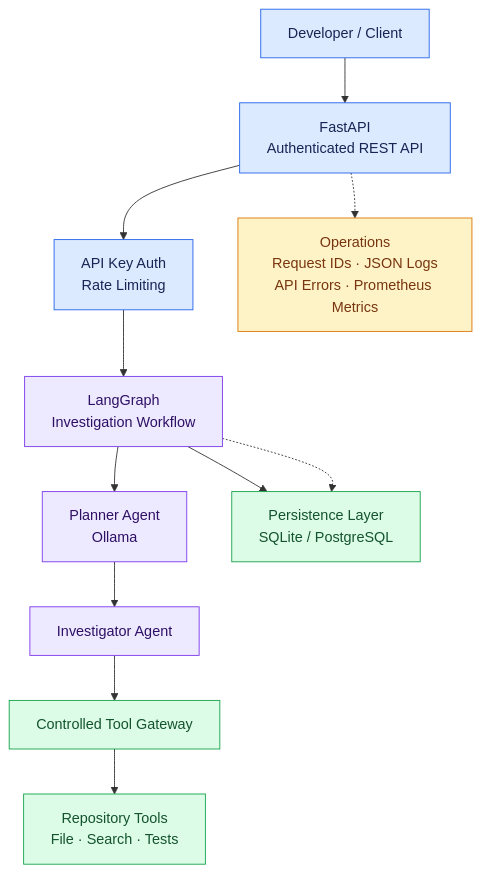
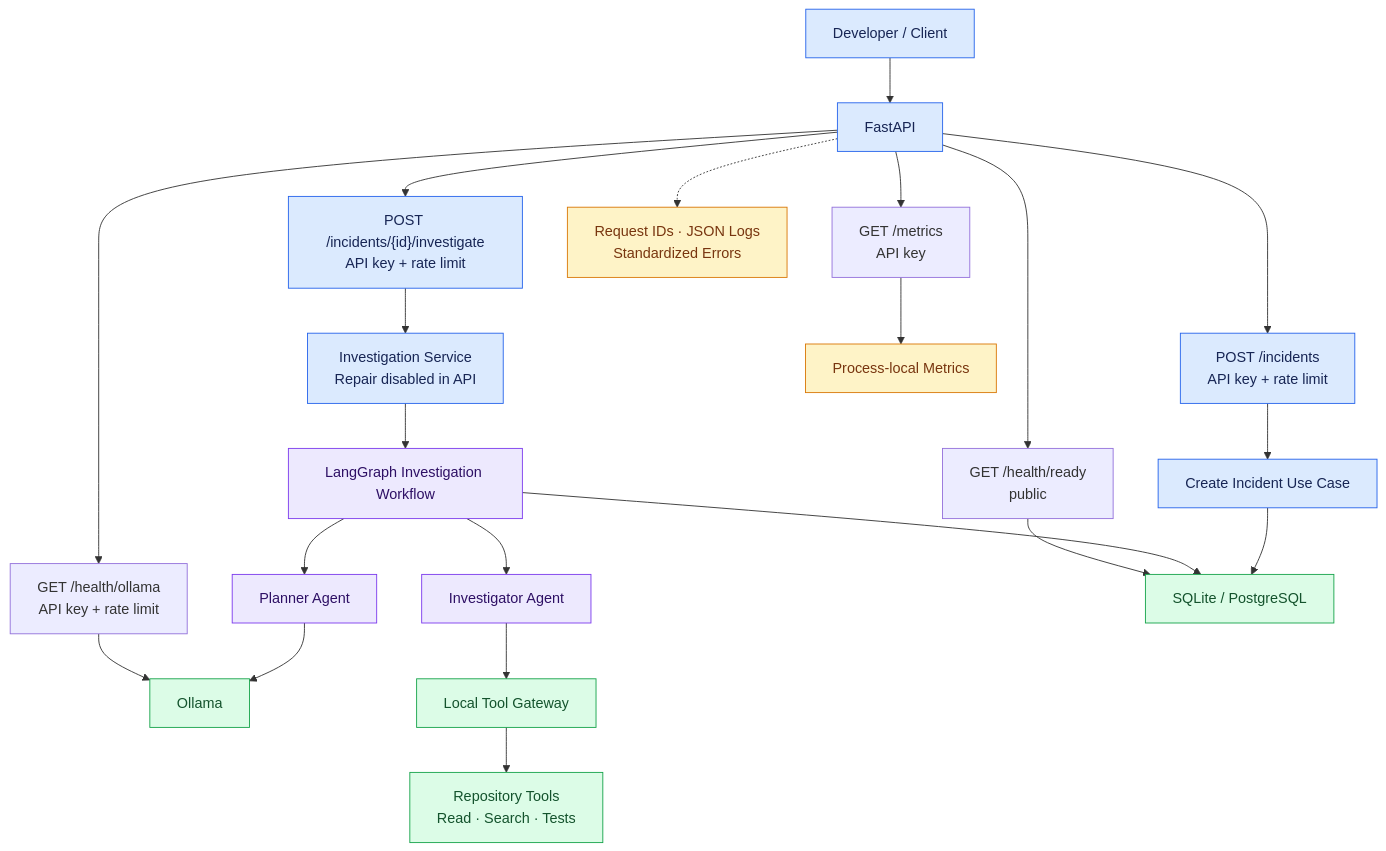
The first of 3 diagrams in README.md (juyelhushen/sentinel), drawn with Mermaid before and after one commit. The commit also changed other lines of this file, not shown here.

Commit message:
readme updated

````diff
--- a/README.md
+++ b/README.md
@@ -15,34 +15,52 @@
 ```mermaid
 flowchart TB
-    User["Developer / Client"]
-    API["FastAPI<br/>Authenticated REST API"]
-    Auth["API Key Auth<br/>Rate Limiting"]
-    Graph["LangGraph<br/>Investigation Workflow"]
-    Planner["Planner Agent<br/>Ollama"]
+    Client["Developer / Client"]
+    API["FastAPI"]
+    CreateRoute["POST /incidents<br/>API key + rate limit"]
+    Create["Create Incident Use Case"]
+    InvestigateRoute["POST /incidents/{id}/investigate<br/>API key + rate limit"]
+    Investigate["Investigation Service<br/>Repair disabled in API"]
+    ReadyRoute["GET /health/ready<br/>public"]
+    OllamaRoute["GET /health/ollama<br/>API key + rate limit"]
+    MetricsRoute["GET /metrics<br/>API key"]
+    Graph["LangGraph Investigation Workflow"]
+    Planner["Planner Agent"]
     Investigator["Investigator Agent"]
-    Gateway["Controlled Tool Gateway"]
-    Tools["Repository Tools<br/>File · Search · Tests"]
-    Store["Persistence Layer<br/>SQLite / PostgreSQL"]
-    Ops["Operations<br/>Request IDs · JSON Logs<br/>API Errors · Prometheus Metrics"]
+    Ollama["Ollama"]
+    Gateway["Local Tool Gateway"]
+    Tools["Repository Tools<br/>Read · Search · Tests"]
+    Store["SQLite / PostgreSQL"]
+    Metrics["Process-local Metrics"]
+    Operations["Request IDs · JSON Logs<br/>Standardized Errors"]
 
-    User --> API
-    API --> Auth
-    Auth --> Graph
+    Client --> API
+    API --> CreateRoute
+    CreateRoute --> Create
+    Create --> Store
+    API --> InvestigateRoute
+    InvestigateRoute --> Investigate
+    Investigate --> Graph
     Graph --> Planner
-    Planner --> Investigator
+    Planner --> Ollama
+    Graph --> Investigator
     Investigator --> Gateway
     Gateway --> Tools
     Graph --> Store
-    API -.-> Ops
-    Graph -.-> Store
+    API --> ReadyRoute
+    ReadyRoute --> Store
+    API --> OllamaRoute
+    OllamaRoute --> Ollama
+    API --> MetricsRoute
+    MetricsRoute --> Metrics
+    API -.-> Operations
 
     classDef entry fill:#dbeafe,stroke:#2563eb,color:#172554
     classDef agent fill:#ede9fe,stroke:#7c3aed,color:#2e1065
     classDef infra fill:#dcfce7,stroke:#16a34a,color:#14532d
     classDef ops fill:#fef3c7,stroke:#d97706,color:#78350f
 
-    class User,API,Auth entry
+    class Client,API,CreateRoute,Create,InvestigateRoute,Investigate entry
     class Graph,Planner,Investigator agent
-    class Gateway,Tools,Store infra
-    class Ops ops
+    class Gateway,Tools,Store,Ollama infra
+    class Metrics,Operations ops
 ```
````
